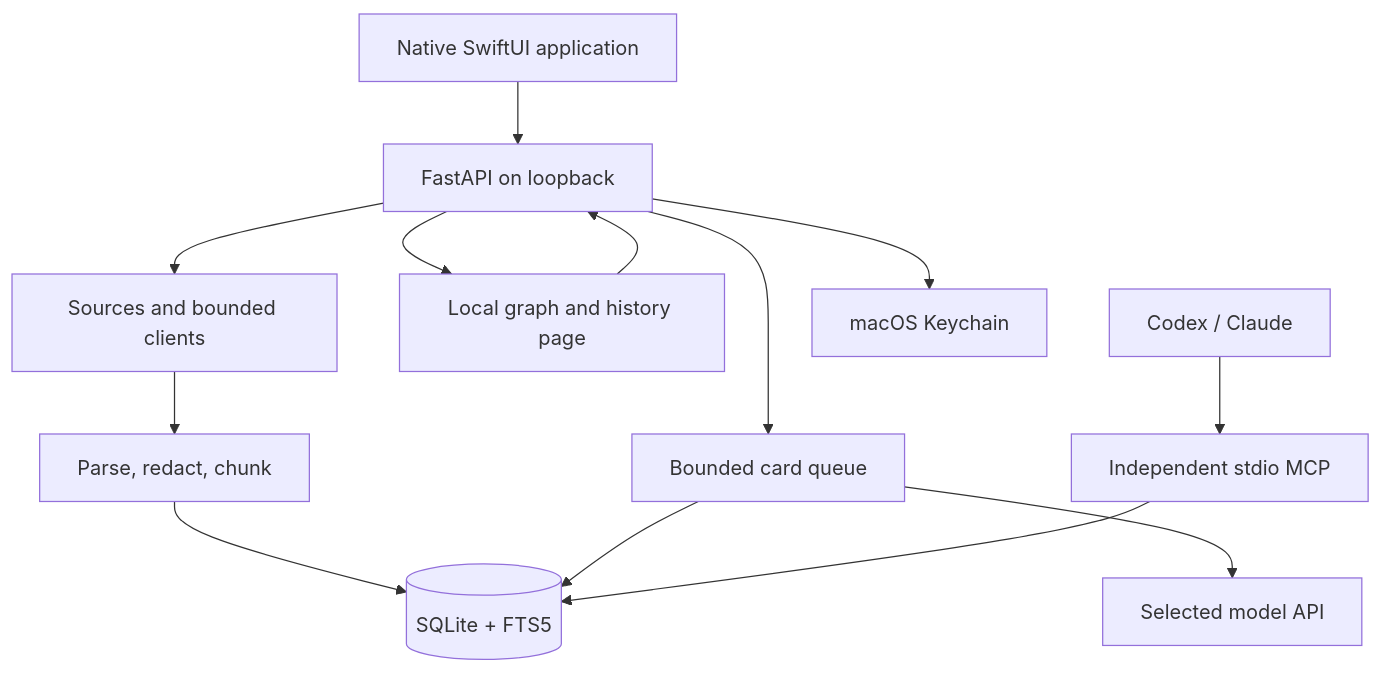
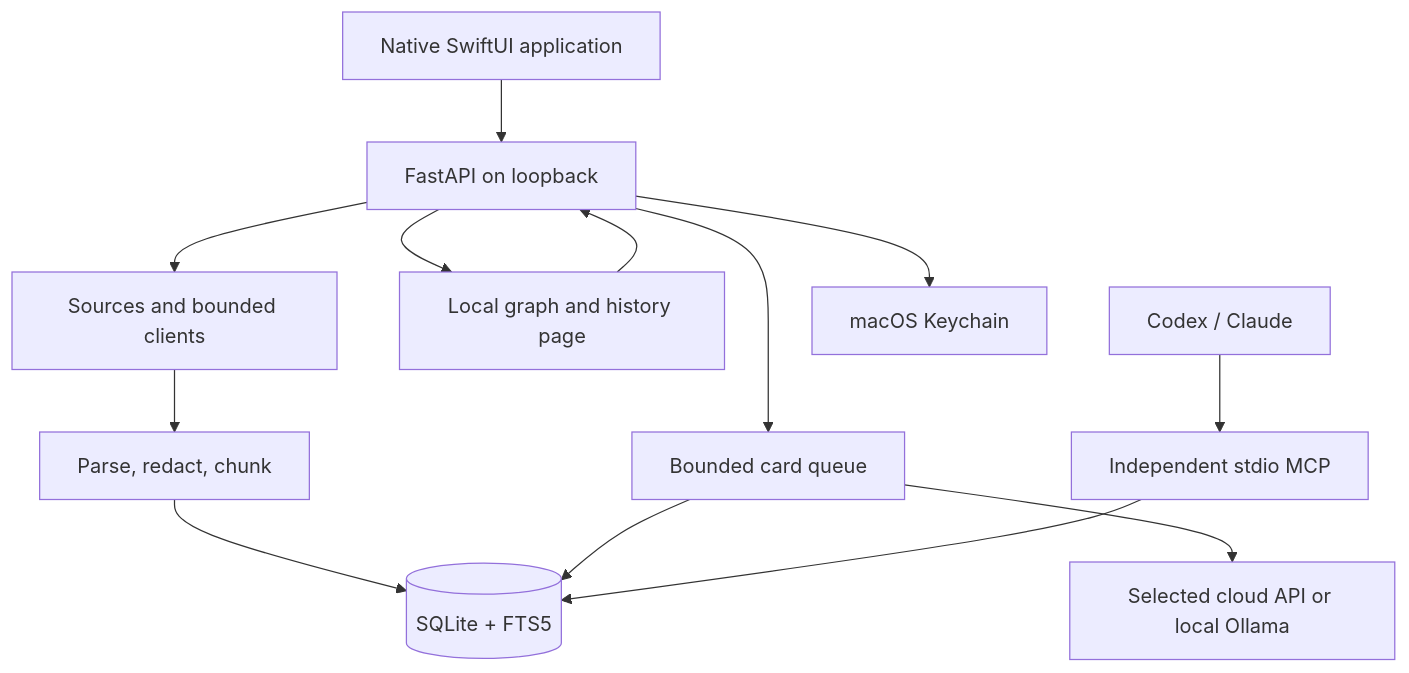
Before and after one commit to PandaTBE/second-brain: the diagram in docs/architecture.en.md, drawn with Mermaid. The commit also changed other lines of this file and 39 other files, not shown here.

Commit message:
feat: add Qwen connectors and optimize the memory graph

````diff
--- a/docs/architecture.en.md
+++ b/docs/architecture.en.md
@@ -7,15 +7,15 @@
 ```mermaid
 flowchart TD
     UI[Native SwiftUI application] --> API[FastAPI on loopback]
     API --> Sources[Sources and bounded clients]
     Sources --> Import[Parse, redact, chunk]
     Import --> DB[(SQLite + FTS5)]
     API --> Cards[Bounded card queue]
-    Cards --> LLM[Selected model API]
+    Cards --> LLM[Selected cloud API or local Ollama]
     Cards --> DB
     API --> Graph[Local graph and history page]
     Graph --> API
     MCP[Independent stdio MCP] --> DB
     Agents[Codex / Claude] --> MCP
     API --> Vault[macOS Keychain]
 ```
````
